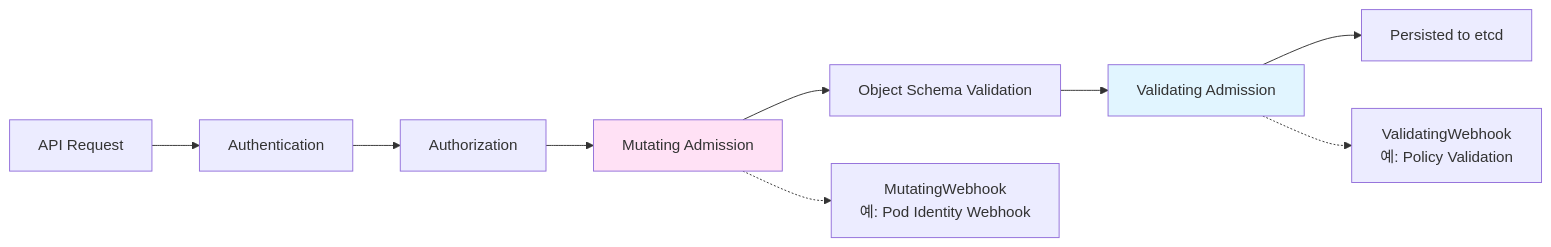
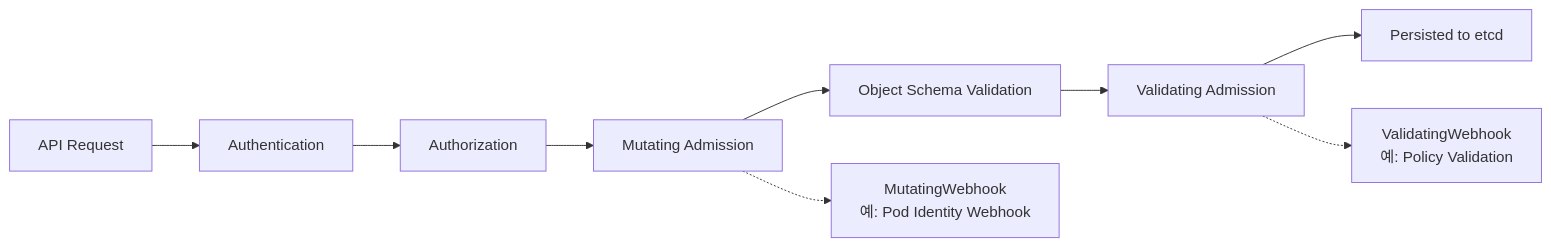
One commit to juwon8891/juwon8891.github.io changed the fifth of 16 diagrams in docs/eks/week4-authn-authz.md. Above: the diagram before and after it, drawn with Mermaid. The commit also changed other lines of this file and 18 other files, not shown here.

Commit message:
Remove bright colors from Mermaid diagrams for dark mode compatibility

````diff
--- a/docs/eks/week4-authn-authz.md
+++ b/docs/eks/week4-authn-authz.md
@@ -461,15 +454,13 @@
 ```mermaid
 graph LR
     A[API Request] --> B[Authentication]
     B --> C[Authorization]
     C --> D[Mutating Admission]
     D --> E[Object Schema Validation]
     E --> F[Validating Admission]
     F --> G[Persisted to etcd]
 
     D -.-> H[MutatingWebhook<br/>예: Pod Identity Webhook]
     F -.-> I[ValidatingWebhook<br/>예: Policy Validation]
 
-    style D fill:#ffe1f5
-    style F fill:#e1f5ff
 ```
````
